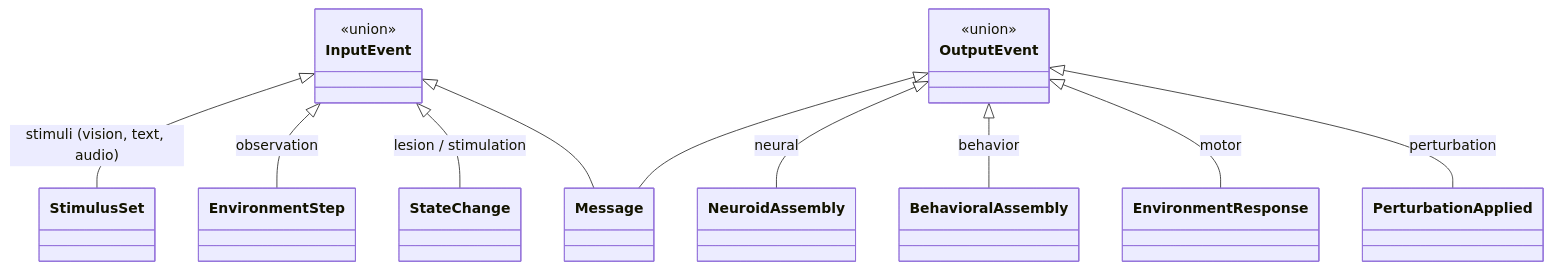
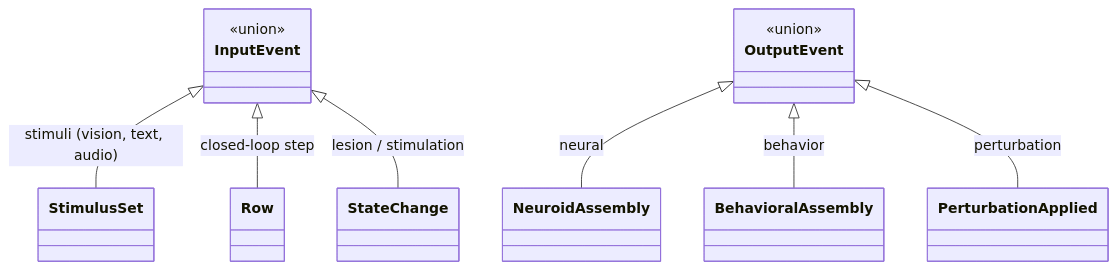
One commit to KartikP/brainscore-unified changed the second of 3 diagrams in docs/03_class_map.md. Above: the diagram before and after it, drawn with Mermaid. The commit also changed other lines of this file and 26 other files, not shown here.

````diff
--- a/docs/03_class_map.md
+++ b/docs/03_class_map.md
@@ -101,18 +101,15 @@
 ```mermaid
 classDiagram
     class InputEvent {
         <<union>>
     }
     class OutputEvent {
         <<union>>
     }
     InputEvent <|-- StimulusSet : stimuli (vision, text, audio)
-    InputEvent <|-- EnvironmentStep : observation
+    InputEvent <|-- Row : closed-loop step
     InputEvent <|-- StateChange : lesion / stimulation
-    InputEvent <|-- Message
     OutputEvent <|-- NeuroidAssembly : neural
     OutputEvent <|-- BehavioralAssembly : behavior
-    OutputEvent <|-- EnvironmentResponse : motor
     OutputEvent <|-- PerturbationApplied : perturbation
-    OutputEvent <|-- Message
 ```
````
